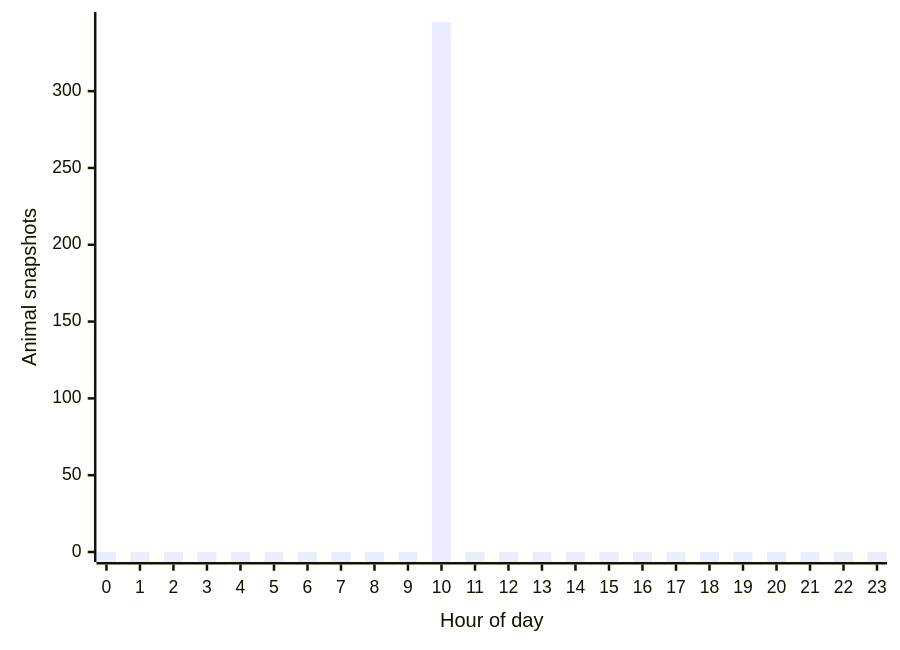
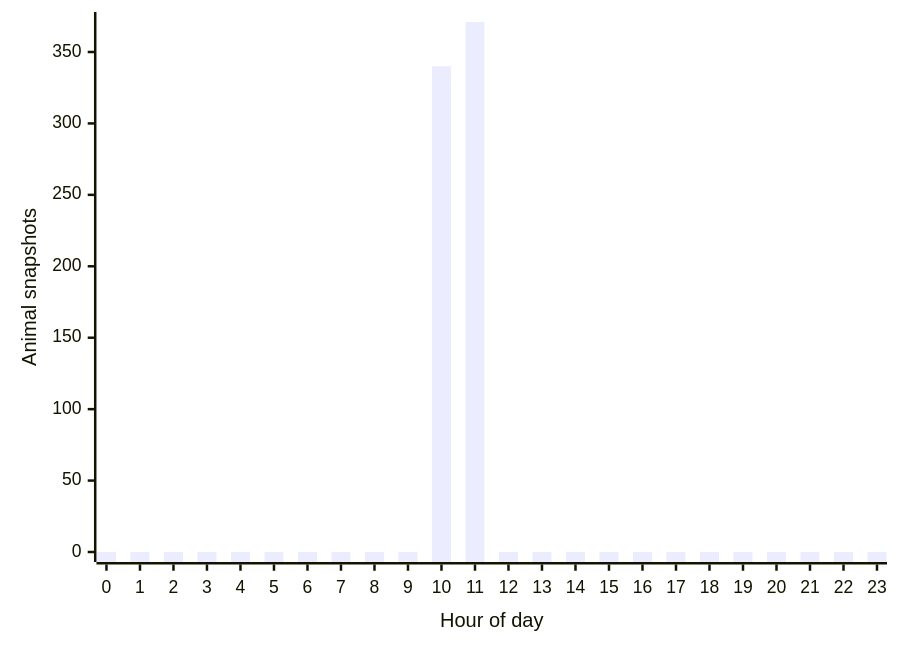
The second of 3 diagrams in README.md (joshuafrommeyer-35/PierTracker), drawn with Mermaid before and after one commit. The commit also changed other lines of this file and 7 other files, not shown here.

````diff
--- a/README.md
+++ b/README.md
@@ -72,6 +81,6 @@
 ```mermaid
 xychart-beta
     x-axis "Hour of day" [0, 1, 2, 3, 4, 5, 6, 7, 8, 9, 10, 11, 12, 13, 14, 15, 16, 17, 18, 19, 20, 21, 22, 23]
     y-axis "Animal snapshots"
-    bar [0, 0, 0, 0, 0, 0, 0, 0, 0, 0, 345, 0, 0, 0, 0, 0, 0, 0, 0, 0, 0, 0, 0, 0]
+    bar [0, 0, 0, 0, 0, 0, 0, 0, 0, 0, 340, 371, 0, 0, 0, 0, 0, 0, 0, 0, 0, 0, 0, 0]
 ```
````
